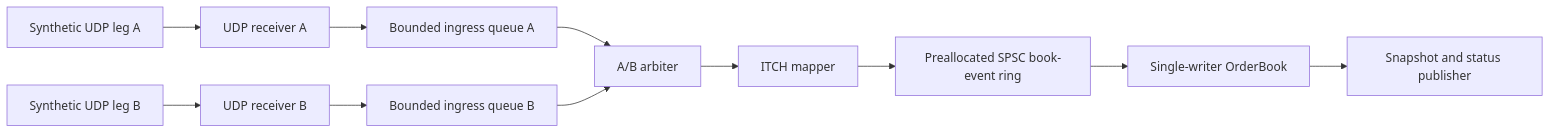
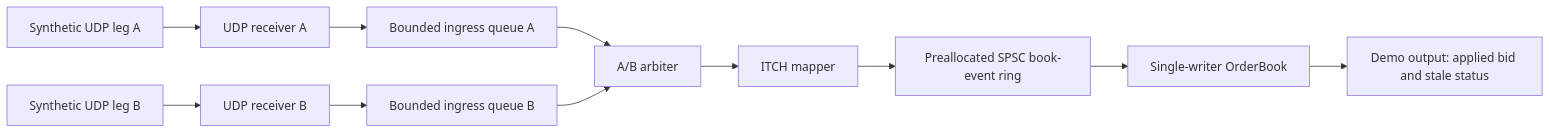
The diagram in app/README.md (alchevrier/java-feed-handler), drawn with Mermaid before and after one commit. The commit also changed other lines of this file and 7 other files, not shown here.

````diff
--- a/app/README.md
+++ b/app/README.md
@@ -13,13 +12,13 @@
 ```mermaid
 flowchart LR
     A["Synthetic UDP leg A"] --> RXA["UDP receiver A"]
     B["Synthetic UDP leg B"] --> RXB["UDP receiver B"]
     RXA --> QA["Bounded ingress queue A"]
     RXB --> QB["Bounded ingress queue B"]
     QA --> Arbiter["A/B arbiter"]
     QB --> Arbiter
     Arbiter --> Mapper["ITCH mapper"]
     Mapper --> Events["Preallocated SPSC book-event ring"]
     Events --> Book["Single-writer OrderBook"]
-    Book --> Sink["Snapshot and status publisher"]
+    Book --> Output["Demo output: applied bid and stale status"]
 ```
````
